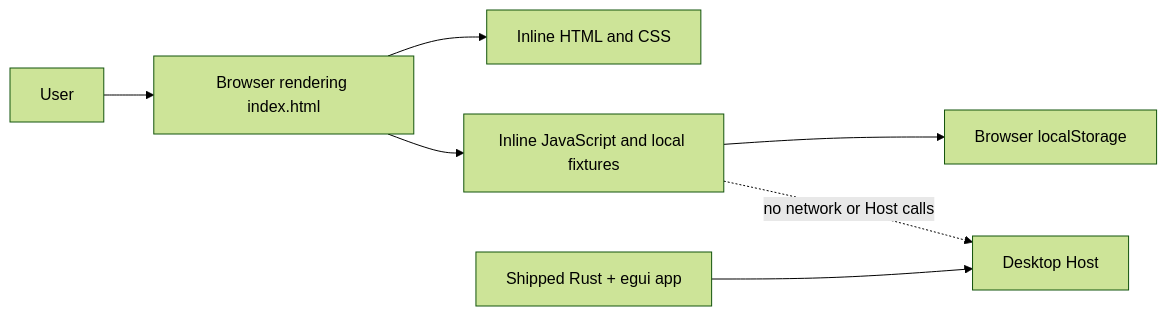
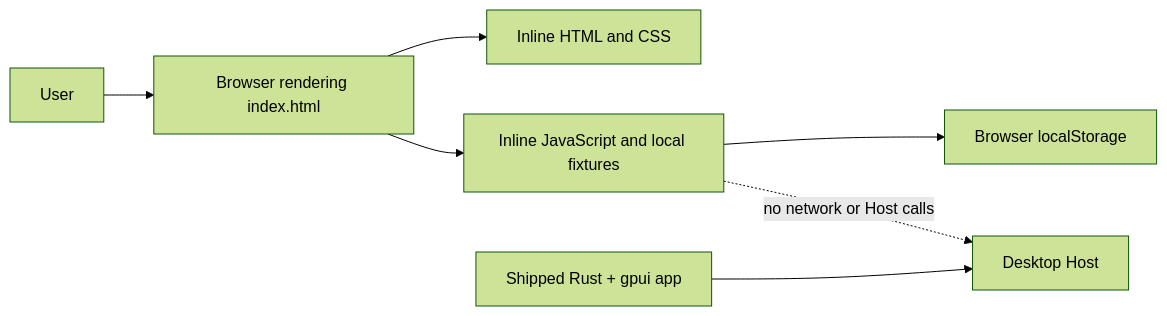
The diagram in apps/desktop-tauri/native-app/prototype/docs/architecture.md (Masiss/deepseek-harness), drawn with Mermaid (forest theme) before and after one commit. The commit also changed other lines of this file and 9 other files, not shown here.

````diff
--- a/apps/desktop-tauri/native-app/prototype/docs/architecture.md
+++ b/apps/desktop-tauri/native-app/prototype/docs/architecture.md
@@ -11,9 +11,9 @@
 ```mermaid
 flowchart LR
   User --> Browser[Browser rendering index.html]
   Browser --> DOM[Inline HTML and CSS]
   Browser --> JS[Inline JavaScript and local fixtures]
   JS --> Storage[Browser localStorage]
   JS -. no network or Host calls .-> Host[Desktop Host]
-  Native[Shipped Rust + egui app] --> Host
+  Native[Shipped Rust + gpui app] --> Host
 ```
````
